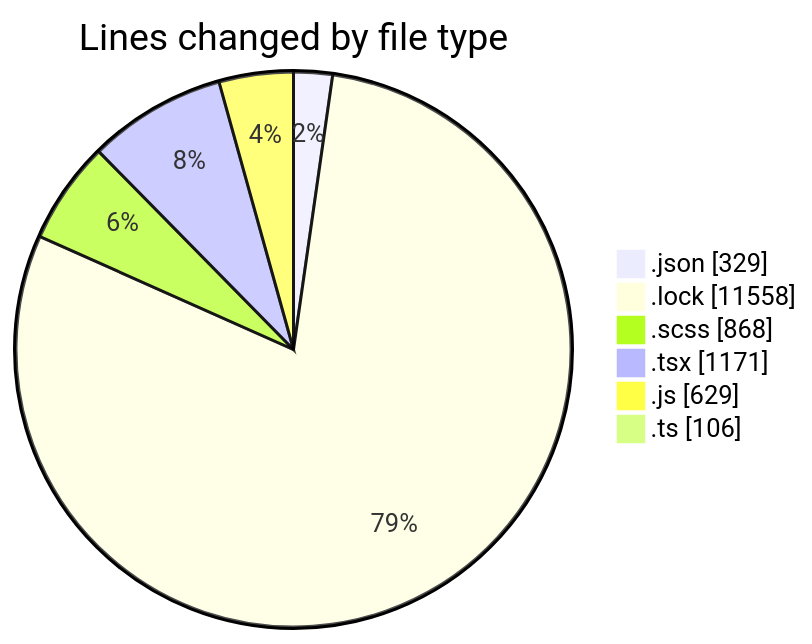
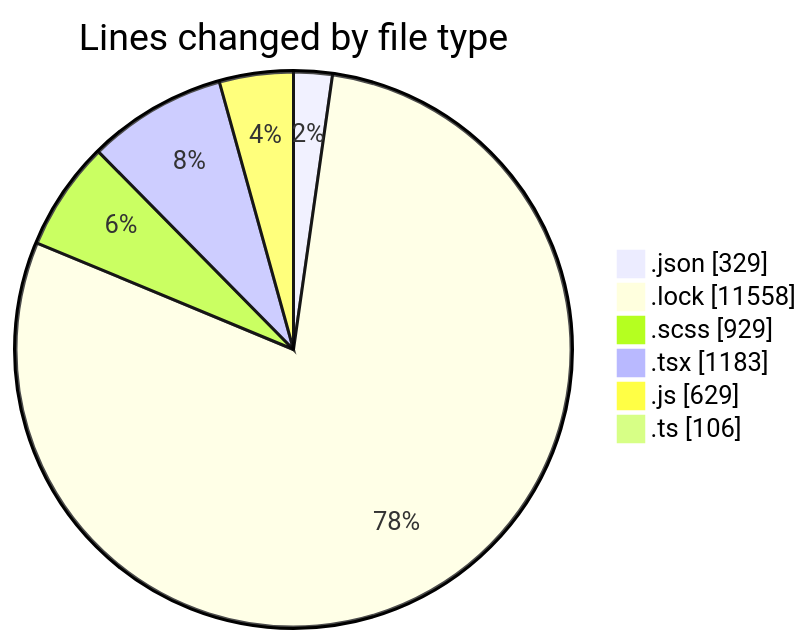
One commit to momahboobian/code-tracking changed the first of 2 diagrams in 2026-05-18/cda/README.md. Above: the diagram before and after it, drawn with Mermaid. The commit also changed other lines of this file and 1 other file, not shown here.

````diff
--- a/2026-05-18/cda/README.md
+++ b/2026-05-18/cda/README.md
@@ -40,10 +40,10 @@
 ```mermaid
 pie showData
 title Lines changed by file type
 ".json" : 329
 ".lock" : 11558
-".scss" : 868
-".tsx" : 1171
+".scss" : 929
+".tsx" : 1183
 ".js" : 629
 ".ts" : 106
 ```
````
